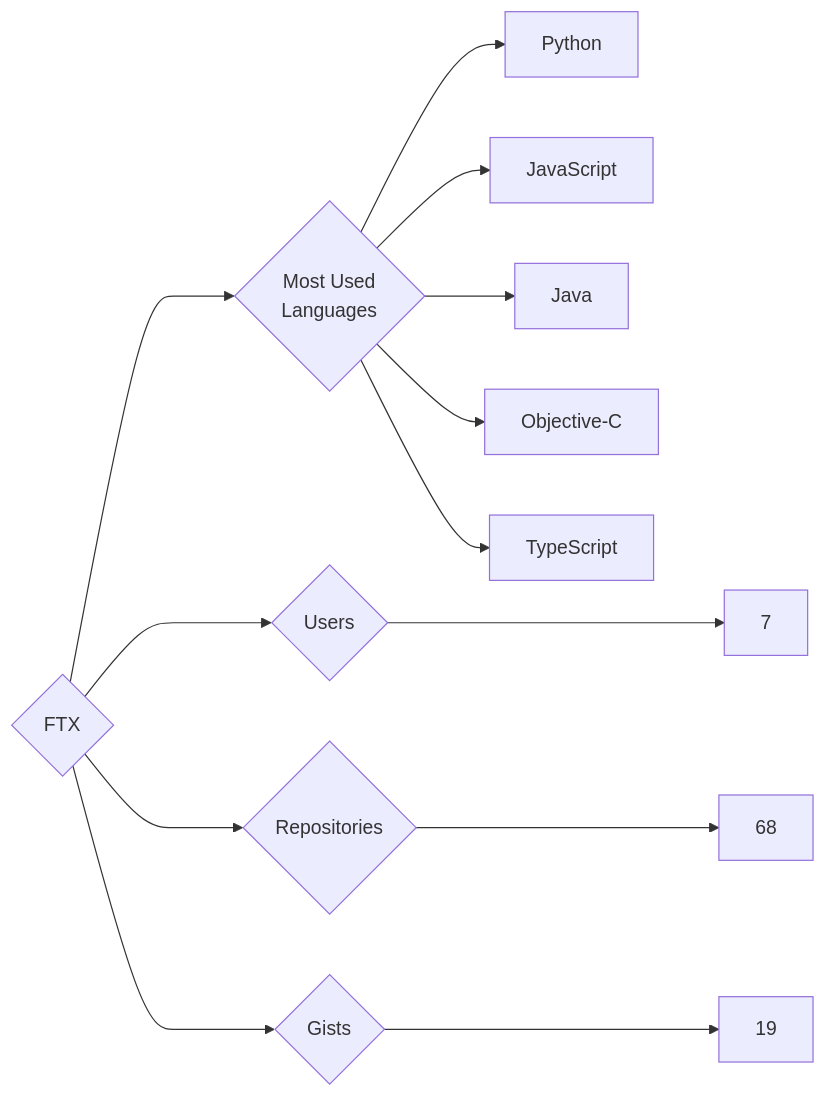
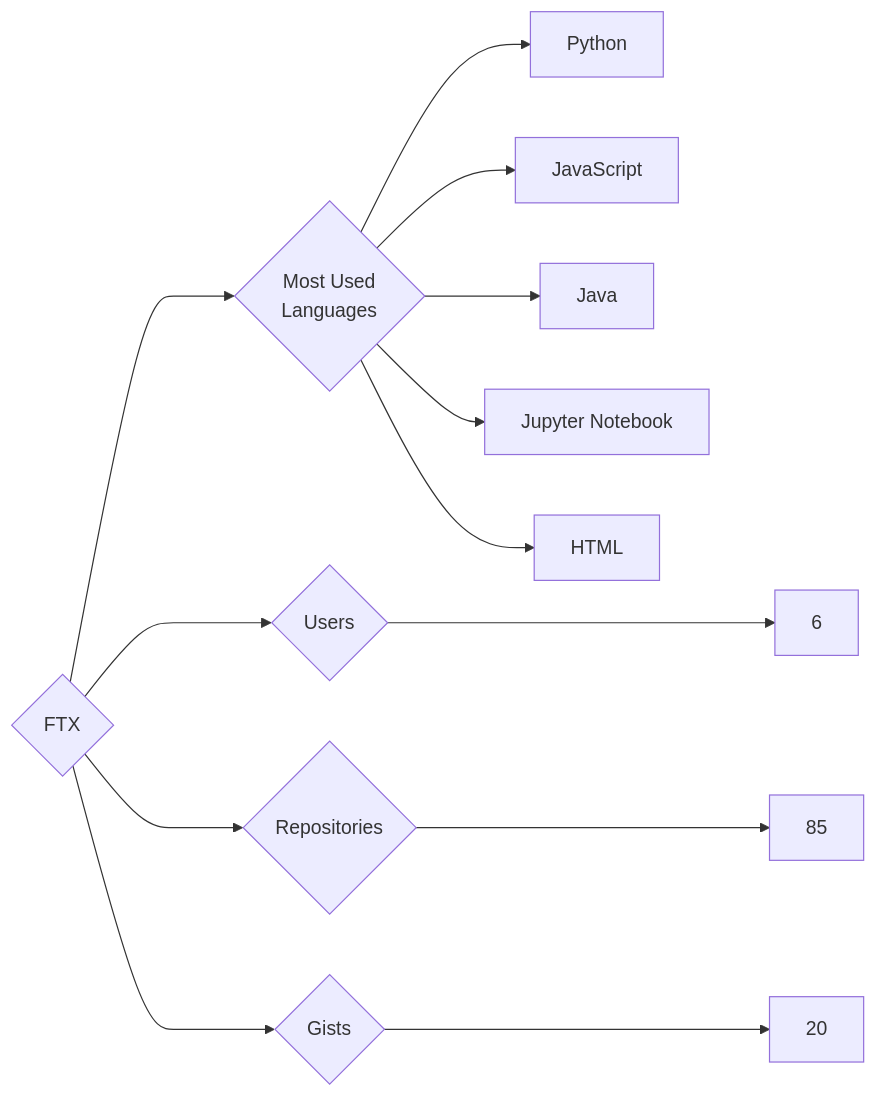
The diagram in targets/FTX/README.md (trickest/insiders), drawn with Mermaid before and after one commit. The commit also changed 1238 other files, not shown here.

````diff
--- a/targets/FTX/README.md
+++ b/targets/FTX/README.md
@@ -3,13 +3,13 @@
 ```mermaid
 graph LR
 COMPANY_NAME{FTX}
-COMPANY_NAME ---> U{Users} ---> UN[7]
-COMPANY_NAME ---> R{Repositories} ---> RN[68]
-COMPANY_NAME ---> G{Gists} ---> GN[19]
+COMPANY_NAME ---> U{Users} ---> UN[6]
+COMPANY_NAME ---> R{Repositories} ---> RN[85]
+COMPANY_NAME ---> G{Gists} ---> GN[20]
 COMPANY_NAME ---> ML{Most Used<br>Languages}
 ML --> Python[Python]
 ML --> JavaScript[JavaScript]
 ML --> Java[Java]
-ML --> Objective-C[Objective-C]
-ML --> TypeScript[TypeScript]
+ML --> Jupyter_Notebook[Jupyter Notebook]
+ML --> HTML[HTML]
 ```
````
